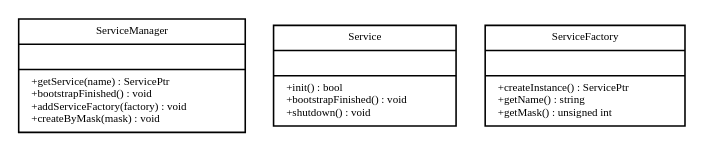
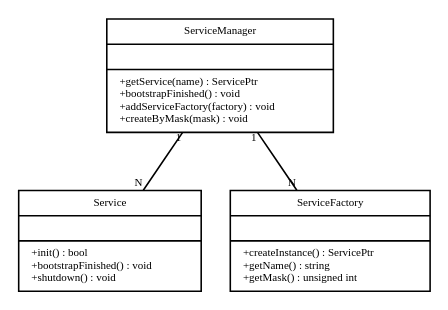
Before and after one commit to volca02/openDarkEngine: the diagram in doc/src/service.dot, drawn with Graphviz. The commit also changed 8 other files, not shown here.

```diff
--- a/doc/src/service.dot
+++ b/doc/src/service.dot
@@ -1,27 +1,37 @@
 digraph G {
 	fontname = "Bitstream Vera Sans"
 	fontsize = 8
 	
 	node [
 		fontname = "Bitstream Vera Sans"
 		fontsize = 7
 		shape = "record"	
 	]
 	
 	edge [
 		fontname = "Bitstream Vera Sans"
 		fontsize = 7
 	]
 	
 	ServiceManager [
 		label = "{ServiceManager||+getService(name) : ServicePtr\l+bootstrapFinished() : void\l+addServiceFactory(factory) : void\l+createByMask(mask) : void\l}"
 	]
 		
 	Service [
 		label = "{Service||+init() : bool\l+bootstrapFinished() : void\l+shutdown() : void\l}"
 	]	
 	
 	ServiceFactory [
 		label = "{ServiceFactory||+createInstance() : ServicePtr\l+getName() : string\l+getMask() : unsigned int\l}"
 	]
+	
+	edge [
+                arrowhead = "none"
+
+                headlabel = "N"
+                taillabel = "1"
+        ]
+	
+	ServiceManager->Service
+	ServiceManager->ServiceFactory
 }
```
